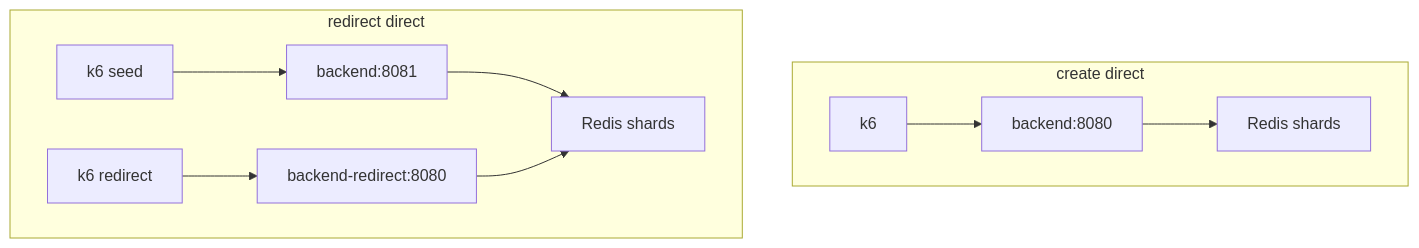
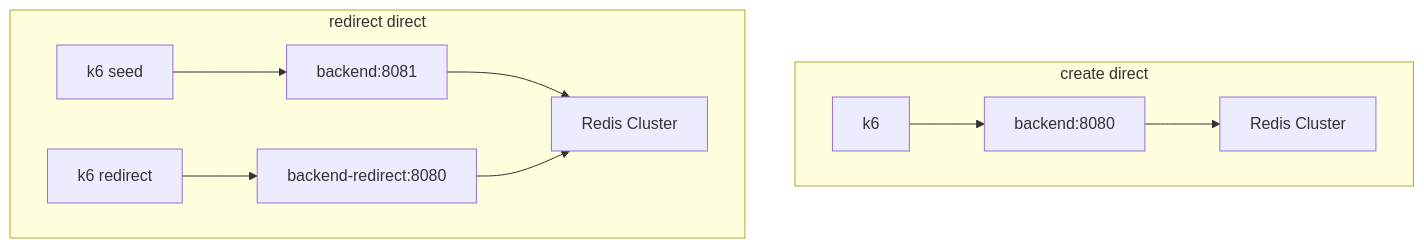
The seventh of 7 diagrams in variants/distributed/ARCHITECTURE.md (sumiredc/alias-url), drawn with Mermaid before and after one commit. The commit also changed other lines of this file and 27 other files, not shown here.

````diff
--- a/variants/distributed/ARCHITECTURE.md
+++ b/variants/distributed/ARCHITECTURE.md
@@ -157,14 +154,14 @@
 ```mermaid
 flowchart TB
     subgraph createDirect[create direct]
         c1[k6] --> b1[backend:8080]
-        b1 --> rs1[Redis shards]
+        b1 --> rs1[Redis Cluster]
     end
 
     subgraph redirectDirect[redirect direct]
         seed[k6 seed] --> b2[backend:8081]
         bench[k6 redirect] --> r2[backend-redirect:8080]
-        b2 --> rs2[Redis shards]
+        b2 --> rs2[Redis Cluster]
         r2 --> rs2
     end
 ```
````
